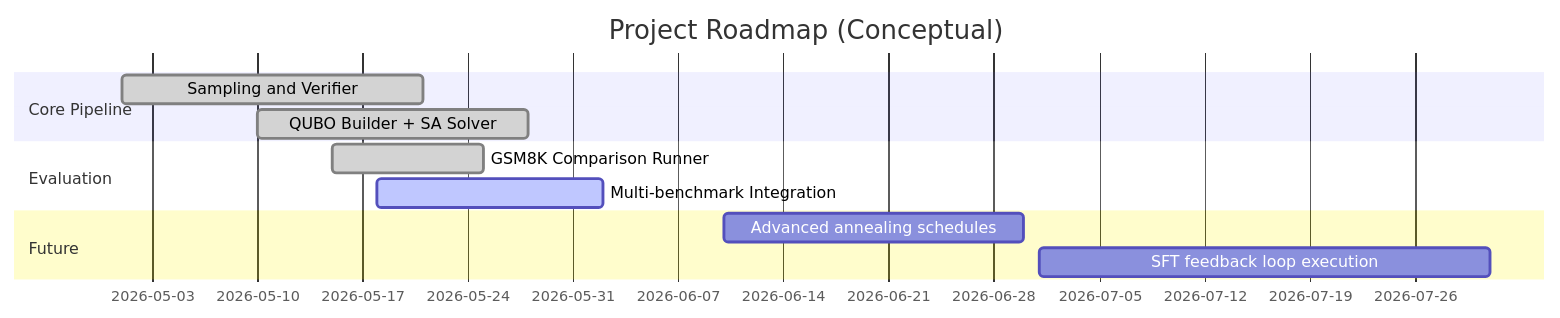
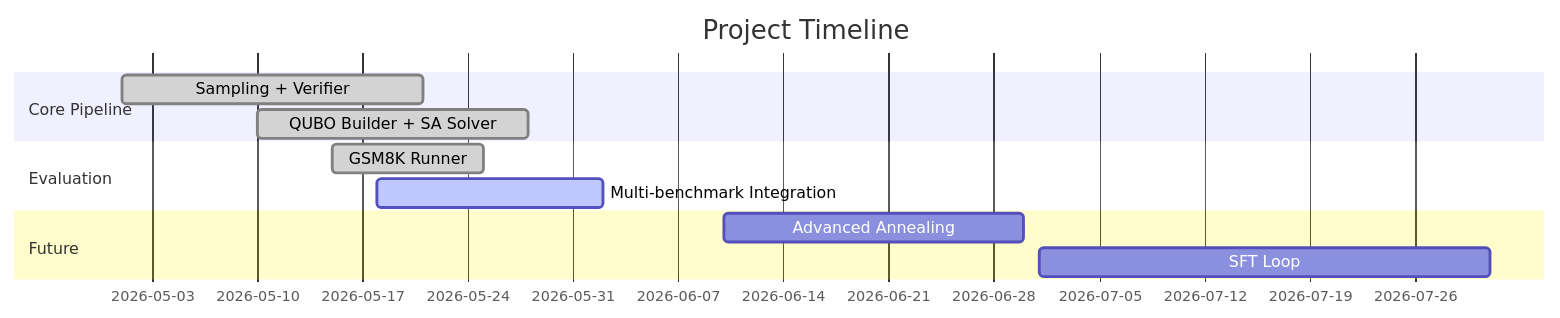
Before and after one commit to tanaymitra54/samsung_backup: diagram 13 of 15 in README.md, drawn with Mermaid. The commit also changed other lines of this file, not shown here.

Commit message:
Simplify README Mermaid diagrams: shorter labels, cleaner visuals, less text

````diff
--- a/README.md
+++ b/README.md
@@ -469,14 +421,14 @@
 ```mermaid
 gantt
-    title Project Roadmap (Conceptual)
-    dateFormat  YYYY-MM-DD
+    title Project Timeline
+    dateFormat YYYY-MM-DD
     section Core Pipeline
-    Sampling and Verifier          :done,    a1, 2026-05-01, 20d
-    QUBO Builder + SA Solver       :done,    a2, 2026-05-10, 18d
+    Sampling + Verifier            :done, 2026-05-01, 20d
+    QUBO Builder + SA Solver       :done, 2026-05-10, 18d
     section Evaluation
-    GSM8K Comparison Runner        :done,    b1, 2026-05-15, 10d
-    Multi-benchmark Integration    :active,  b2, 2026-05-18, 15d
+    GSM8K Runner                   :done, 2026-05-15, 10d
+    Multi-benchmark Integration    :active, 2026-05-18, 15d
     section Future
-    Advanced annealing schedules   :         c1, 2026-06-10, 20d
-    SFT feedback loop execution    :         c2, 2026-07-01, 30d
+    Advanced Annealing             :2026-06-10, 20d
+    SFT Loop                       :2026-07-01, 30d
 ```
````
